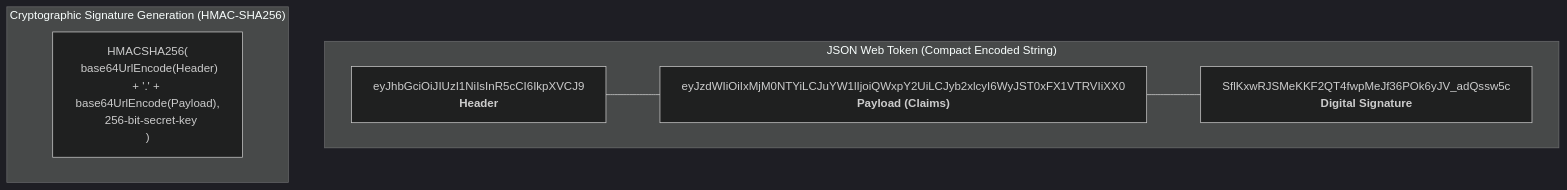
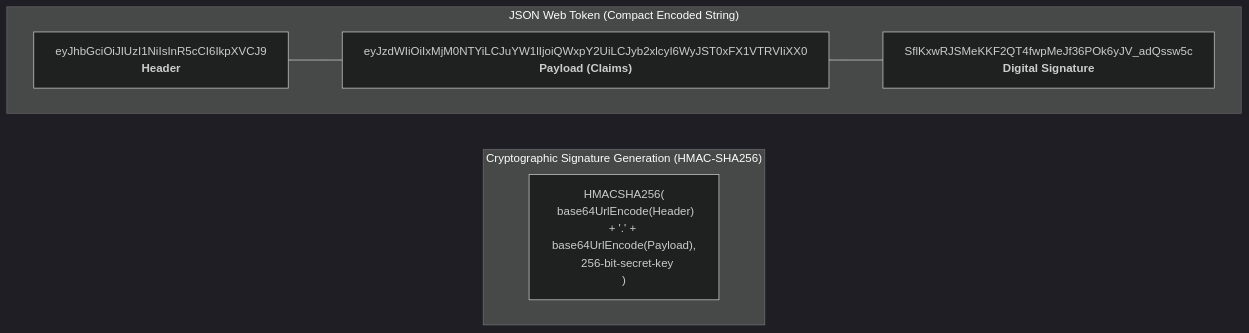
One commit to Rohit1024/spring-boot-mastery changed the first of 4 diagrams in docs/lessons/0025-stateless-jwt-authentication-filter.md. Above: the diagram before and after it, drawn with Mermaid (dark theme). The commit also changed other lines of this file and 42 other files, not shown here.

````diff
--- a/docs/lessons/0025-stateless-jwt-authentication-filter.md
+++ b/docs/lessons/0025-stateless-jwt-authentication-filter.md
@@ -19,14 +19,16 @@
 ``` mermaid
 flowchart TD
     subgraph JWT["JSON Web Token (Compact Encoded String)"]
         H["eyJhbGciOiJIUzI1NiIsInR5cCI6IkpXVCJ9<br/><b>Header</b>"]
         P["eyJzdWIiOiIxMjM0NTYiLCJuYW1lIjoiQWxpY2UiLCJyb2xlcyI6WyJST0xFX1VTRVIiXX0<br/><b>Payload (Claims)</b>"]
         S["SflKxwRJSMeKKF2QT4fwpMeJf36POk6yJV_adQssw5c<br/><b>Digital Signature</b>"]
     end
 
     H --- P --- S
 
     subgraph SignatureFormula["Cryptographic Signature Generation (HMAC-SHA256)"]
         Calc["HMACSHA256(<br/>&nbsp;&nbsp;base64UrlEncode(Header) + '.' + base64UrlEncode(Payload),<br/>&nbsp;&nbsp;256-bit-secret-key<br/>)"]
     end
+
+    JWT ~~~ SignatureFormula
 ```
````
